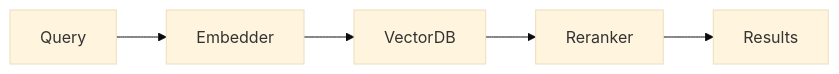
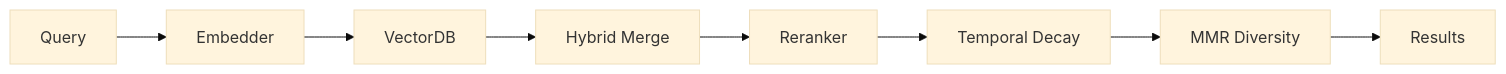
One commit to definableai/definable.ai changed the second of 2 diagrams in definable/docs/knowledge/overview.mdx. Above: the diagram before and after it, drawn with Mermaid (base theme). The commit also changed other lines of this file and 148 other files, not shown here.

`````diff
--- a/definable/docs/knowledge/overview.mdx
+++ b/definable/docs/knowledge/overview.mdx
@@ -29,4 +29,4 @@
 ````mermaid
 flowchart LR
-  Query --> Embedder --> VectorDB --> Reranker --> Results
+  Query --> Embedder --> VectorDB --> HybridMerge["Hybrid Merge"] --> Reranker --> TemporalDecay["Temporal Decay"] --> MMR["MMR Diversity"] --> Results
 ````
`````
